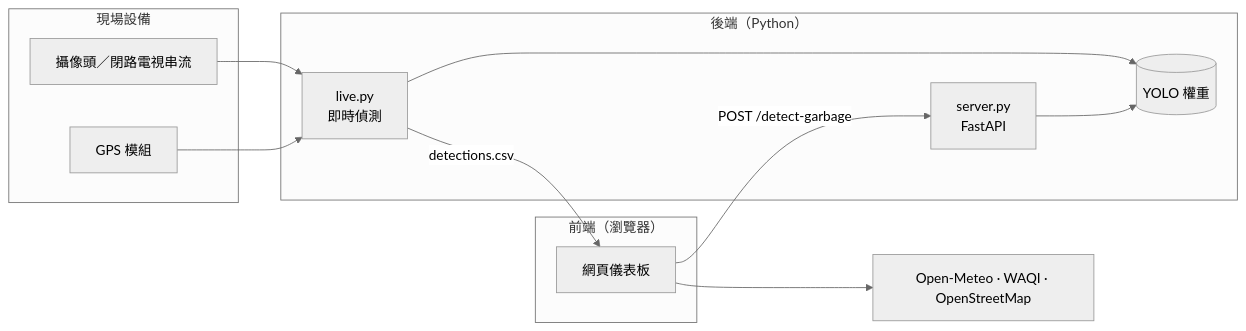
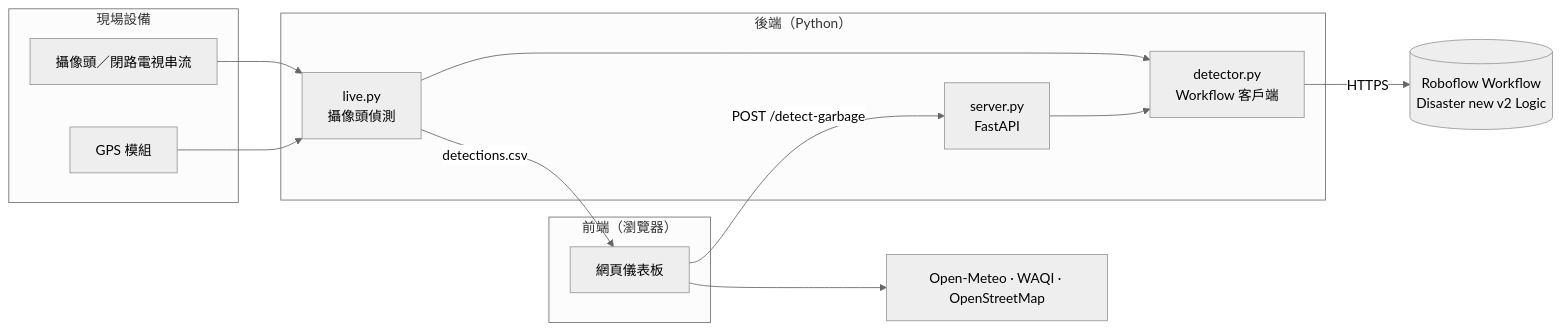
Before and after one commit to benjamin-codes-labs/PostDisasterPredictionAndManagement: the diagram in README.zh-Hant.md, drawn with Mermaid (neutral theme). The commit also changed other lines of this file and 16 other files, not shown here.

First line of the commit message:
Replace bundled YOLO11n weights with the Roboflow Workflow "Disaster new v2 Logic"

````diff
--- a/README.zh-Hant.md
+++ b/README.zh-Hant.md
@@ -41,23 +41,25 @@
 ```mermaid
 flowchart LR
     subgraph field["現場設備"]
         CAM["攝像頭／閉路電視串流"]
         GPS["GPS 模組"]
     end
     subgraph backend["後端（Python）"]
-        LIVE["live.py<br/>即時偵測"]
+        LIVE["live.py<br/>攝像頭偵測"]
         API["server.py<br/>FastAPI"]
-        MODEL[("YOLO 權重")]
+        CLIENT["detector.py<br/>Workflow 客戶端"]
     end
+    RF[("Roboflow Workflow<br/>Disaster new v2 Logic")]
     subgraph frontend["前端（瀏覽器）"]
         UI["網頁儀表板"]
     end
 
     CAM --> LIVE
     GPS --> LIVE
-    LIVE --> MODEL
-    API --> MODEL
+    LIVE --> CLIENT
+    API --> CLIENT
+    CLIENT -- "HTTPS" --> RF
     LIVE -- "detections.csv" --> UI
     UI -- "POST /detect-garbage" --> API
     UI --> EXT["Open-Meteo · WAQI · OpenStreetMap"]
 ```
````
